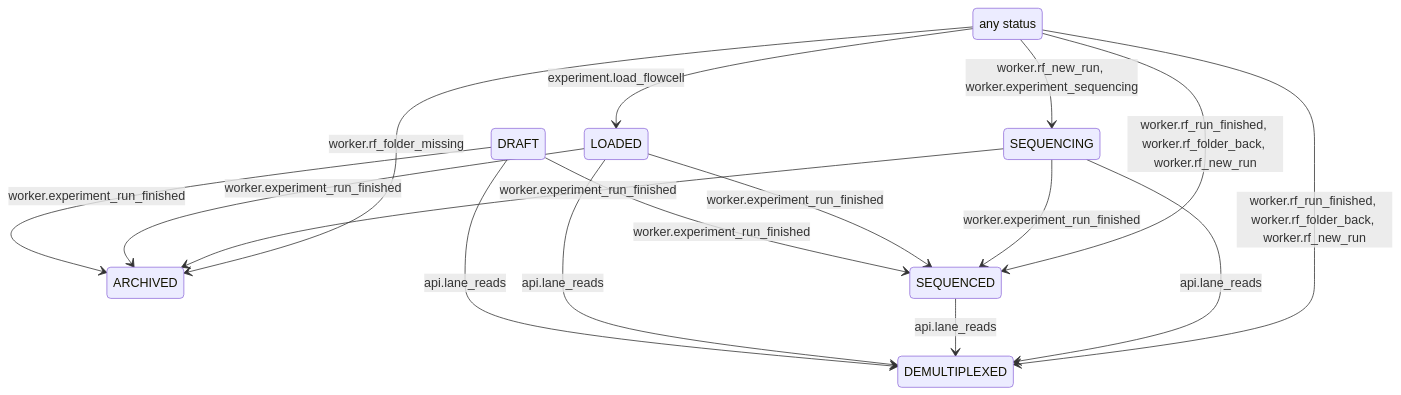
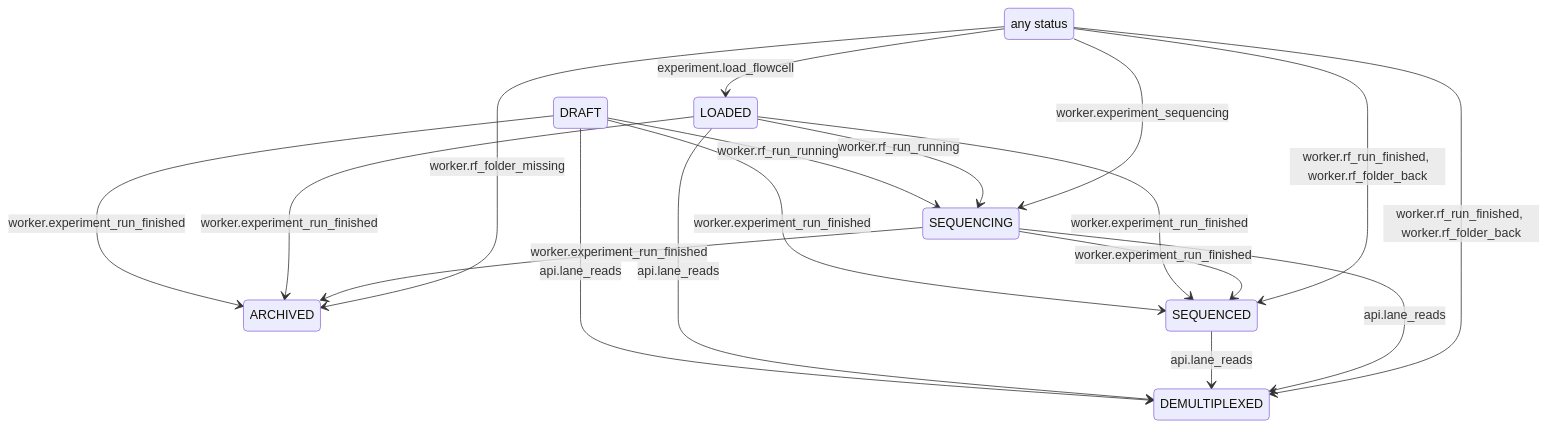
Before and after one commit to lutrarutra/opengsync-app: the seventh of 9 diagrams in docs/state-transitions.md, drawn with Mermaid. The commit also changed other lines of this file and 16 other files, not shown here.

````diff
--- a/docs/state-transitions.md
+++ b/docs/state-transitions.md
@@ -459,19 +459,21 @@
 ```mermaid
 stateDiagram-v2
     state "any status" as any
     DRAFT --> ARCHIVED : worker.experiment_run_finished
     DRAFT --> DEMULTIPLEXED : api.lane_reads
     DRAFT --> SEQUENCED : worker.experiment_run_finished
+    DRAFT --> SEQUENCING : worker.rf_run_running
     LOADED --> ARCHIVED : worker.experiment_run_finished
     LOADED --> DEMULTIPLEXED : api.lane_reads
     LOADED --> SEQUENCED : worker.experiment_run_finished
+    LOADED --> SEQUENCING : worker.rf_run_running
     SEQUENCED --> DEMULTIPLEXED : api.lane_reads
     SEQUENCING --> ARCHIVED : worker.experiment_run_finished
     SEQUENCING --> DEMULTIPLEXED : api.lane_reads
     SEQUENCING --> SEQUENCED : worker.experiment_run_finished
     any --> ARCHIVED : worker.rf_folder_missing
-    any --> DEMULTIPLEXED : worker.rf_run_finished, worker.rf_folder_back, worker.rf_new_run
+    any --> DEMULTIPLEXED : worker.rf_run_finished, worker.rf_folder_back
     any --> LOADED : experiment.load_flowcell
-    any --> SEQUENCED : worker.rf_run_finished, worker.rf_folder_back, worker.rf_new_run
-    any --> SEQUENCING : worker.rf_new_run, worker.experiment_sequencing
+    any --> SEQUENCED : worker.rf_run_finished, worker.rf_folder_back
+    any --> SEQUENCING : worker.experiment_sequencing
 ```
````
